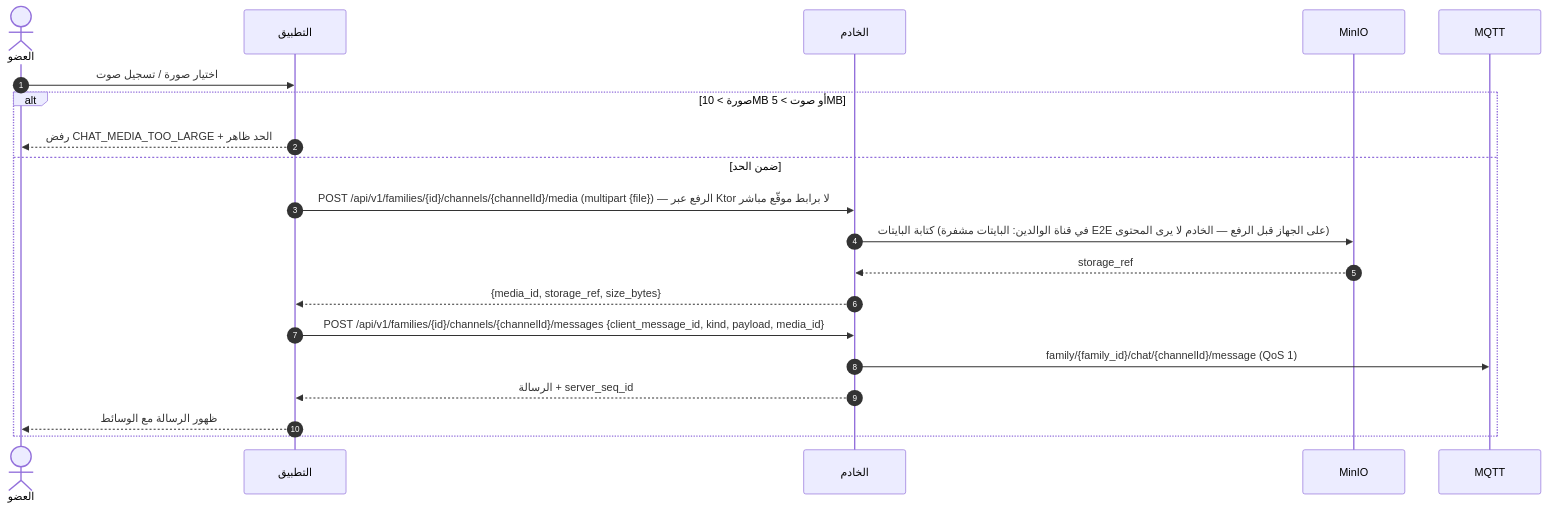
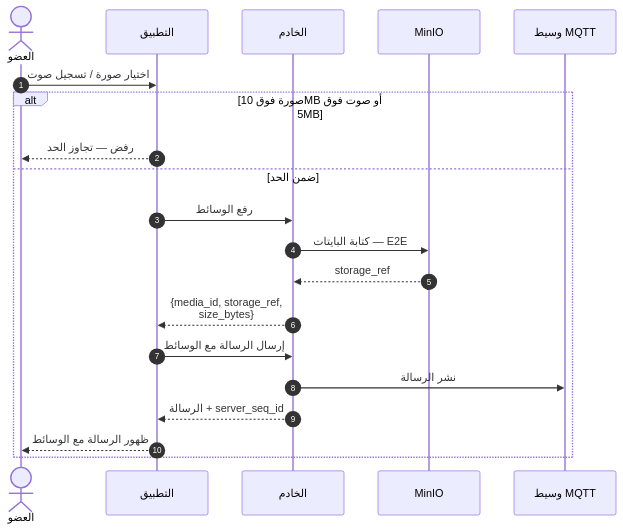
Diagram 12 of 27 in docs/family-os/governance/phases/phase-1/S1-08-chat-basic/DIAGRAMS.md (Bassam-mohammed-alqaeadi/family-os-v2), drawn with Mermaid before and after one commit. The commit also changed other lines of this file, not shown here.

Commit message:
دفعة الشكل 2 — S1-08: التفاف التسلسلات + تقصير الرسائل + تقسيم حالات الاستخدام وDFD والنشاط (مخالفات 83 ← 0، فوق الحد 10 ← 0)

````diff
--- a/docs/family-os/governance/phases/phase-1/S1-08-chat-basic/DIAGRAMS.md
+++ b/docs/family-os/governance/phases/phase-1/S1-08-chat-basic/DIAGRAMS.md
@@ -387,22 +509,23 @@
 ```mermaid
+%%{init: {"sequence": {"wrap": true}}}%%
 sequenceDiagram
     autonumber
     actor Member as العضو
     participant App as التطبيق
     participant Ktor as الخادم
     participant MinIO as MinIO
-    participant MQTT as MQTT
+    participant MQTT as وسيط MQTT
     Member->>App: اختيار صورة / تسجيل صوت
-    alt صورة > 10MB أو صوت > 5MB
-        App-->>Member: رفض CHAT_MEDIA_TOO_LARGE + الحد ظاهر
+    alt صورة فوق 10MB أو صوت فوق 5MB
+        App-->>Member: رفض — تجاوز الحد
     else ضمن الحد
-        App->>Ktor: POST /api/v1/families/{id}/channels/{channelId}/media (multipart {file}) — الرفع عبر Ktor لا برابط موقّع مباشر
-        Ktor->>MinIO: كتابة البايتات (في قناة الوالدين: البايتات مشفرة E2E على الجهاز قبل الرفع — الخادم لا يرى المحتوى)
+        App->>Ktor: رفع الوسائط
+        Ktor->>MinIO: كتابة البايتات — E2E
         MinIO-->>Ktor: storage_ref
         Ktor-->>App: {media_id, storage_ref, size_bytes}
-        App->>Ktor: POST /api/v1/families/{id}/channels/{channelId}/messages {client_message_id, kind, payload, media_id}
-        Ktor->>MQTT: family/{family_id}/chat/{channelId}/message (QoS 1)
+        App->>Ktor: إرسال الرسالة مع الوسائط
+        Ktor->>MQTT: نشر الرسالة
         Ktor-->>App: الرسالة + server_seq_id
         App-->>Member: ظهور الرسالة مع الوسائط
     end
 ```
````
